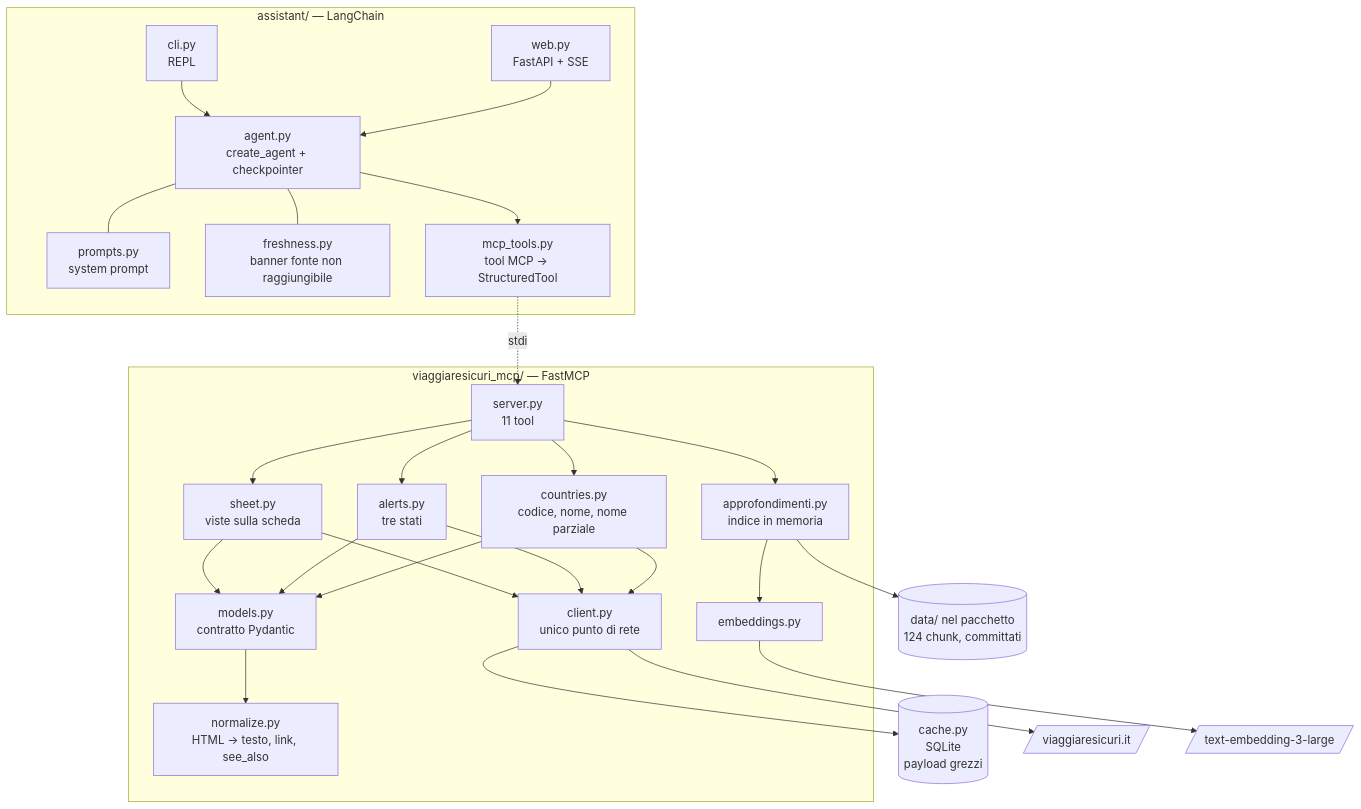
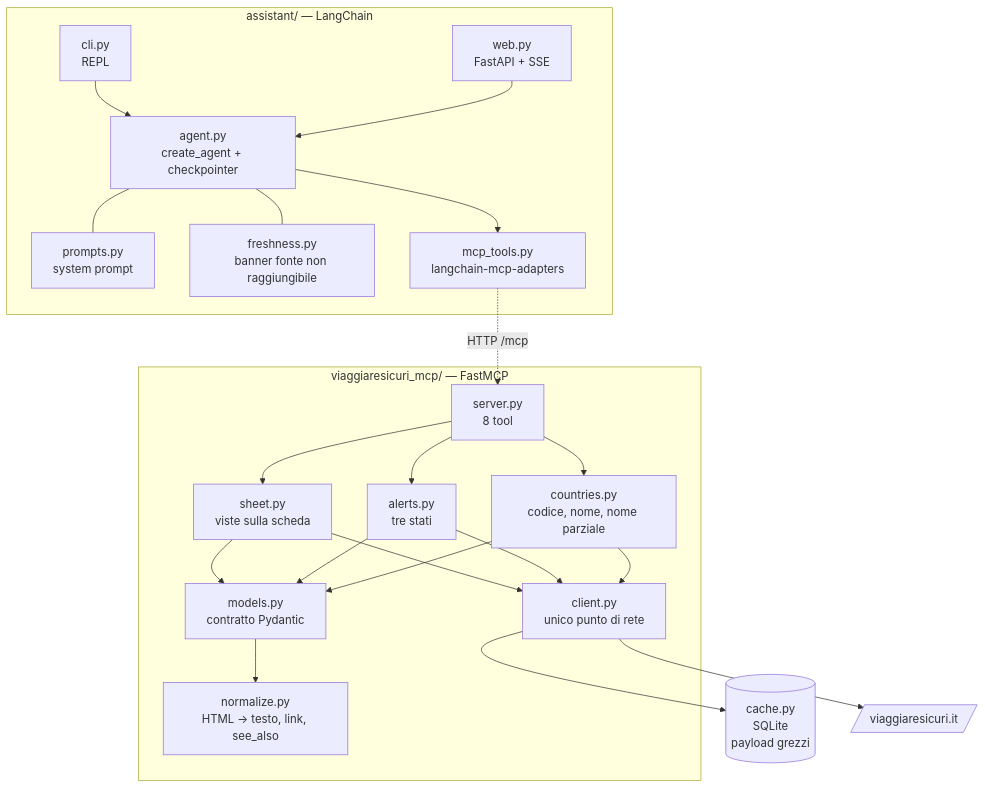
Before and after one commit to lorispalmarin/travelanalyst: the first of 2 diagrams in docs/ARCHITECTURE.md, drawn with Mermaid. The commit also changed other lines of this file and 34 other files, not shown here.

````diff
--- a/docs/ARCHITECTURE.md
+++ b/docs/ARCHITECTURE.md
@@ -5,29 +5,25 @@
 ```mermaid
 flowchart TB
     subgraph assistente["assistant/ — LangChain"]
         CLI[cli.py<br/>REPL] --> AG
         WEB[web.py<br/>FastAPI + SSE] --> AG
         AG[agent.py<br/>create_agent + checkpointer]
         AG --- PR[prompts.py<br/>system prompt]
         AG --- FR[freshness.py<br/>banner fonte non raggiungibile]
-        AG --> MT[mcp_tools.py<br/>tool MCP → StructuredTool]
+        AG --> MT[mcp_tools.py<br/>langchain-mcp-adapters]
     end
 
-    MT -.stdio.-> SRV
+    MT -.HTTP /mcp.-> SRV
 
     subgraph server["viaggiaresicuri_mcp/ — FastMCP"]
-        SRV[server.py<br/>11 tool] --> SH[sheet.py<br/>viste sulla scheda]
+        SRV[server.py<br/>8 tool] --> SH[sheet.py<br/>viste sulla scheda]
         SRV --> AL[alerts.py<br/>tre stati]
-        SRV --> AP[approfondimenti.py<br/>indice in memoria]
         SRV --> CO[countries.py<br/>codice, nome, nome parziale]
         SH & AL & CO --> MO[models.py<br/>contratto Pydantic]
         MO --> NO[normalize.py<br/>HTML → testo, link, see_also]
         SH & AL & CO --> CL[client.py<br/>unico punto di rete]
-        AP --> EM[embeddings.py]
     end
 
     CL --> CA[(cache.py<br/>SQLite<br/>payload grezzi)]
     CL --> FONTE[/viaggiaresicuri.it/]
-    AP --> IDX[(data/ nel pacchetto<br/>124 chunk, committati)]
-    EM --> OAI[/text-embedding-3-large/]
 ```
````
